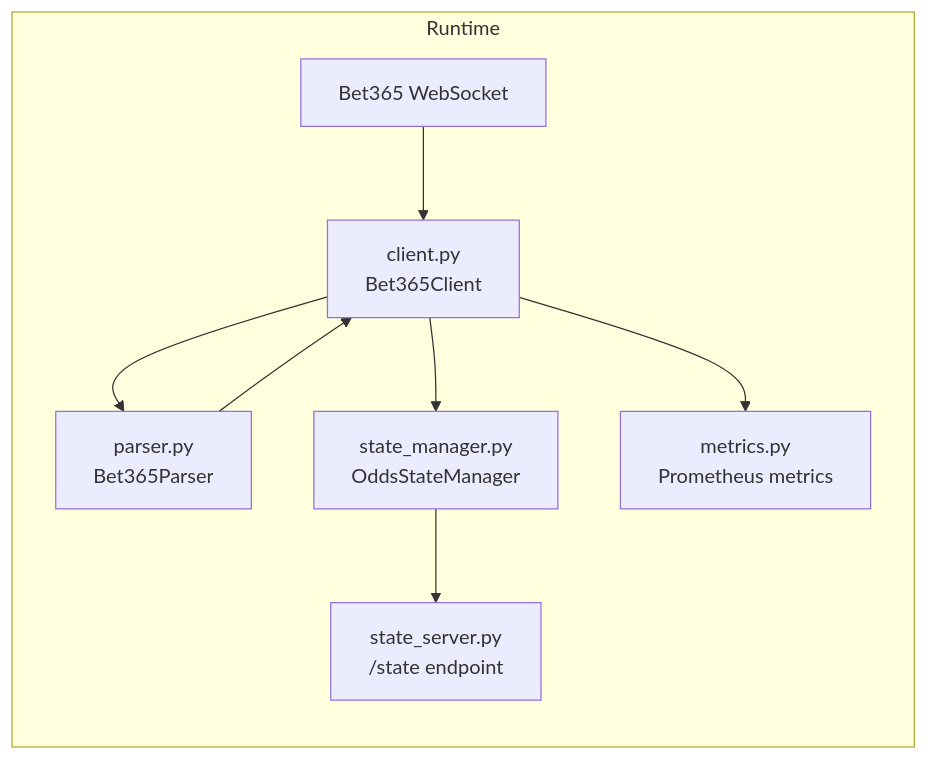
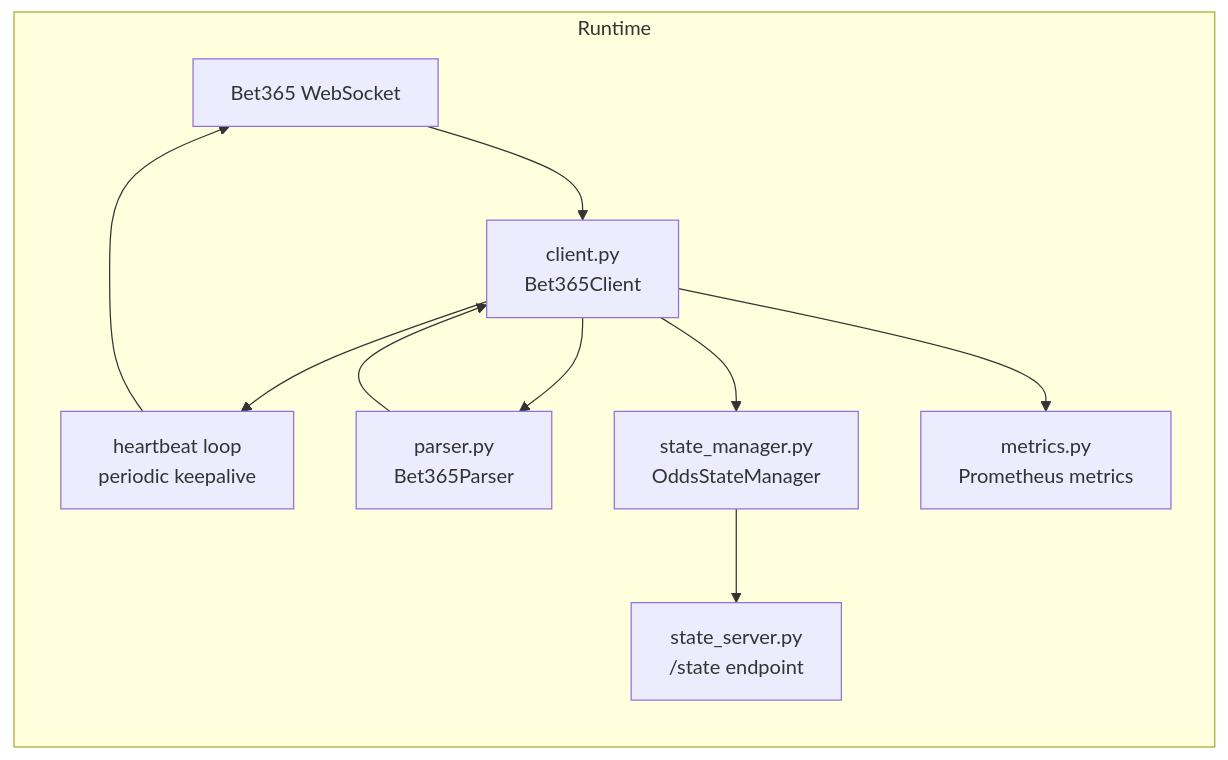
One commit to robert-7/Bet365-Odds-Websocket-Delta-Parser changed the second of 2 diagrams in bet365/README.md. Above: the diagram before and after it, drawn with Mermaid. The commit also changed other lines of this file and 7 other files, not shown here.

````diff
--- a/bet365/README.md
+++ b/bet365/README.md
@@ -92,18 +99,21 @@
 ```mermaid
 flowchart LR
     subgraph Runtime
         WS[Bet365 WebSocket]
         C[client.py<br/>Bet365Client]
+        HB[heartbeat loop<br/>periodic keepalive]
         P[parser.py<br/>Bet365Parser]
         S[state_manager.py<br/>OddsStateManager]
         M[metrics.py<br/>Prometheus metrics]
         API[state_server.py<br/>/state endpoint]
     end
 
     WS --> C
+    C --> HB
+    HB --> WS
     C --> P
     P --> C
     C --> S
     C --> M
     S --> API
 ```
````
